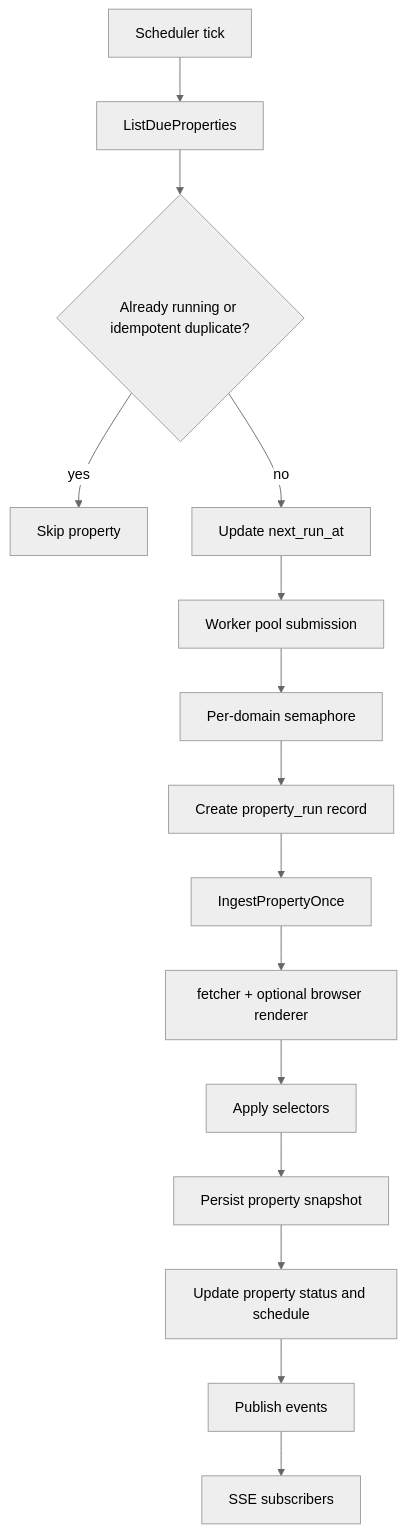
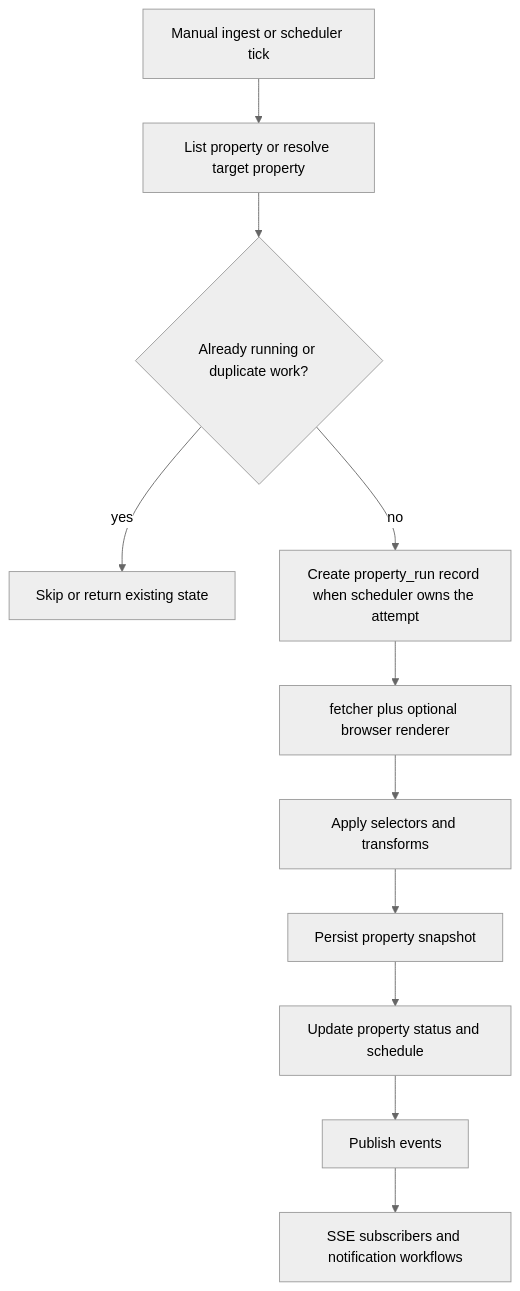
The third of 3 diagrams in server/docs/architecture.md (tesfayecf/nido), drawn with Mermaid (neutral theme) before and after one commit. The commit also changed other lines of this file and 114 other files, not shown here.

````diff
--- a/server/docs/architecture.md
+++ b/server/docs/architecture.md
@@ -129,17 +134,13 @@
 ```mermaid
 flowchart TD
-	Tick[Scheduler tick] --> Due[ListDueProperties]
-	Due --> Dedup{Already running or idempotent duplicate?}
-	Dedup -- yes --> Skip[Skip property]
-	Dedup -- no --> NextRun[Update next_run_at]
-	NextRun --> Pool[Worker pool submission]
-	Pool --> DomainGate[Per-domain semaphore]
-	DomainGate --> RunRow[Create property_run record]
-	RunRow --> Ingest[IngestPropertyOnce]
-	Ingest --> Fetch[fetcher + optional browser renderer]
-	Fetch --> Extract[Apply selectors]
+	Trigger[Manual ingest or scheduler tick] --> Due[List property or resolve target property]
+	Due --> Gate{Already running or duplicate work?}
+	Gate -- yes --> Skip[Skip or return existing state]
+	Gate -- no --> RunRow[Create property_run record when scheduler owns the attempt]
+	RunRow --> Fetch[fetcher plus optional browser renderer]
+	Fetch --> Extract[Apply selectors and transforms]
 	Extract --> Snapshot[Persist property snapshot]
 	Snapshot --> State[Update property status and schedule]
 	State --> Events[Publish events]
-	Events --> SSE[SSE subscribers]
+	Events --> SSE[SSE subscribers and notification workflows]
 ```
````
